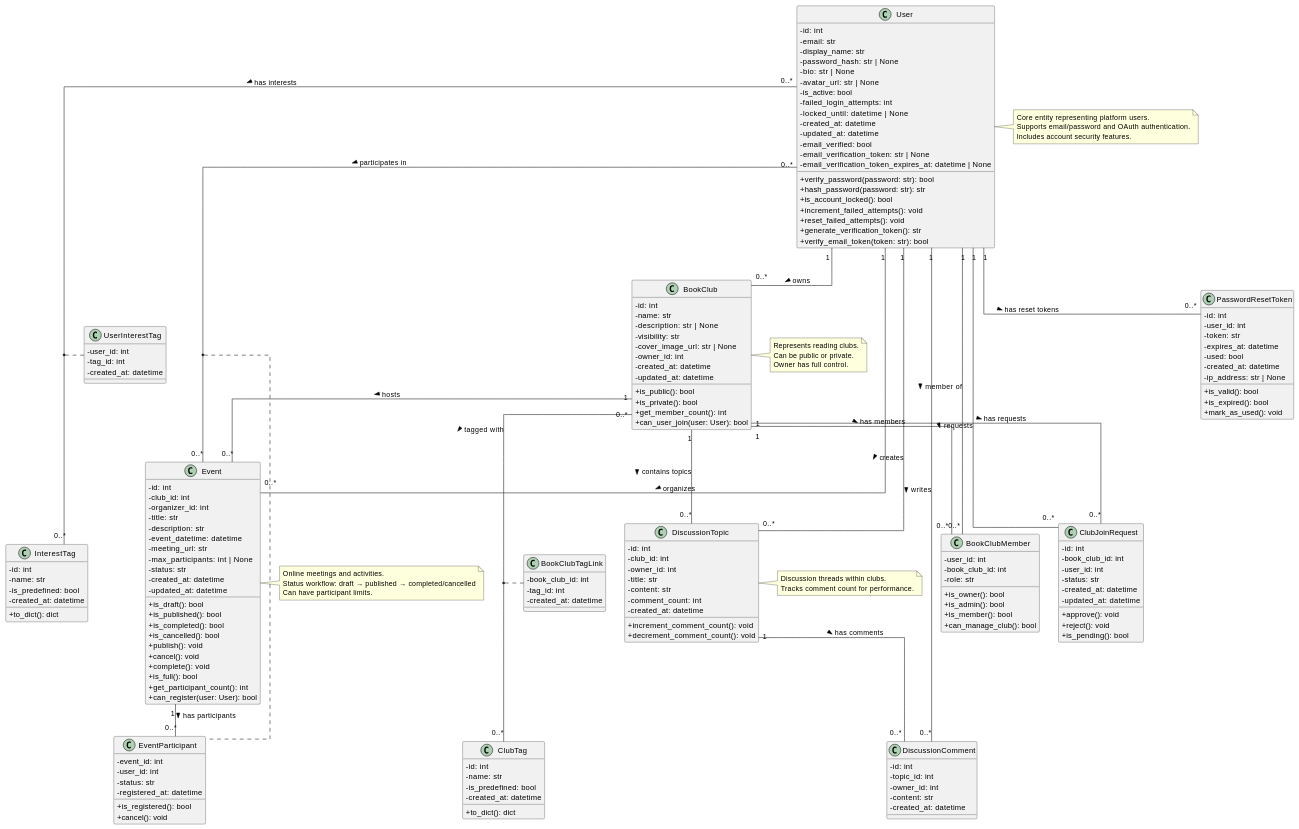
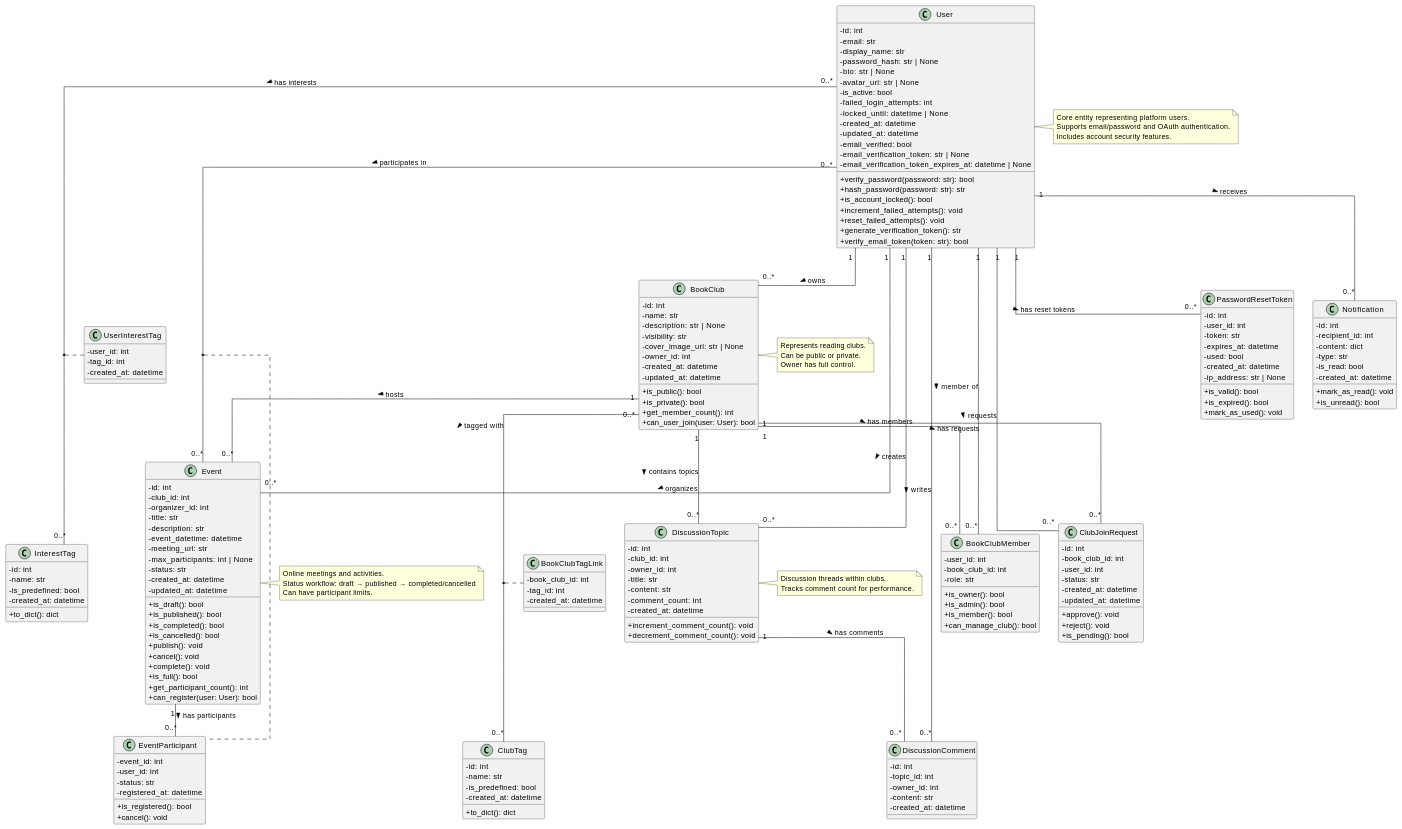
One commit to JeterChan/BookClub changed the second of 2 diagrams in docs/contracts/database-schema.md. Above: the diagram before and after it, drawn with PlantUML. The commit also changed other lines of this file, not shown here.

Commit message:
feat: Update database schema documentation to include Notification table and fix migration issues

```diff
--- a/docs/contracts/database-schema.md
+++ b/docs/contracts/database-schema.md
@@ -372,6 +384,18 @@
   + mark_as_used(): void
 }
 
+class Notification {
+  - id: int
+  - recipient_id: int
+  - content: dict
+  - type: str
+  - is_read: bool
+  - created_at: datetime
+  __
+  + mark_as_read(): void
+  + is_unread(): bool
+}
+
 ' Relationships
 
 ' User relationships
@@ -387,6 +411,7 @@
 User "0..*" -- "0..*" Event : participates in >
 (User, Event) .. EventParticipant
 User "1" -- "0..*" PasswordResetToken : has reset tokens >
+User "1" -- "0..*" Notification : receives >
 
 ' BookClub relationships
 BookClub "1" -- "0..*" BookClubMember : has members >
```
